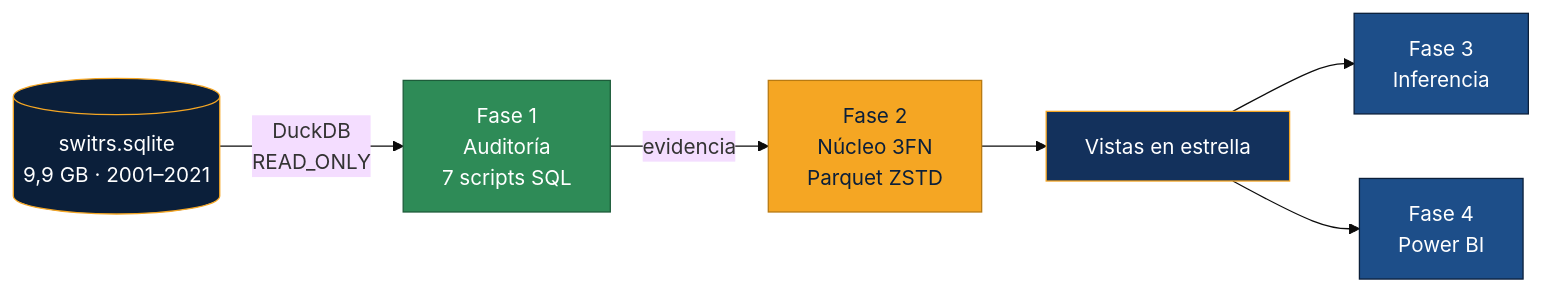
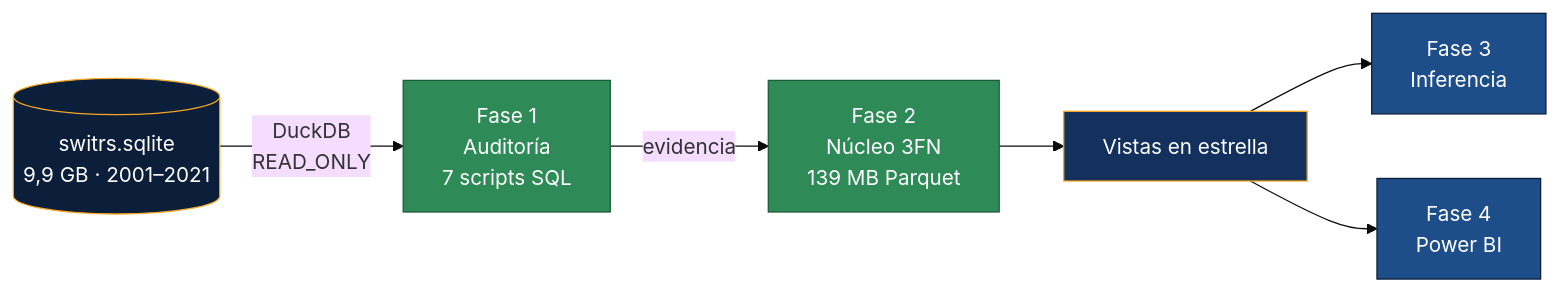
The first of 2 diagrams in README.md (allan230807/analisis-colisiones-california), drawn with Mermaid (base theme) before and after one commit. The commit also changed other lines of this file and 4 other files, not shown here.

````diff
--- a/README.md
+++ b/README.md
@@ -90,15 +92,15 @@
 ```mermaid
 flowchart LR
     A[("switrs.sqlite<br/>9,9 GB · 2001–2021")] -->|DuckDB<br/>READ_ONLY| B["Fase 1<br/>Auditoría<br/>7 scripts SQL"]
-    B -->|evidencia| C["Fase 2<br/>Núcleo 3FN<br/>Parquet ZSTD"]
+    B -->|evidencia| C["Fase 2<br/>Núcleo 3FN<br/>139 MB Parquet"]
     C --> D["Vistas en estrella"]
     D --> E["Fase 3<br/>Inferencia"]
     D --> F["Fase 4<br/>Power BI"]
 
     style A fill:#0B1F3A,stroke:#F5A623,color:#fff
     style B fill:#2E8B57,stroke:#1d5c3a,color:#fff
-    style C fill:#F5A623,stroke:#b87a12,color:#0B1F3A
+    style C fill:#2E8B57,stroke:#1d5c3a,color:#fff
     style D fill:#13315C,stroke:#F5A623,color:#fff
     style E fill:#1D4E89,stroke:#0B1F3A,color:#fff
     style F fill:#1D4E89,stroke:#0B1F3A,color:#fff
 ```
````
